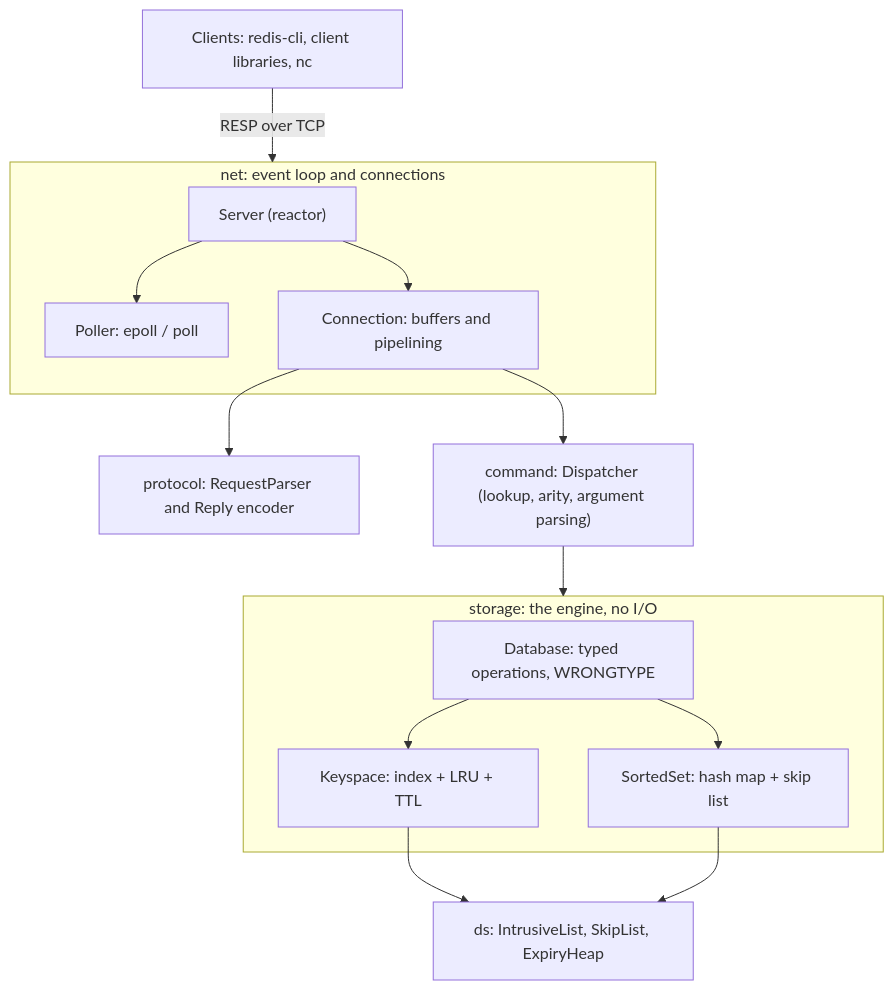
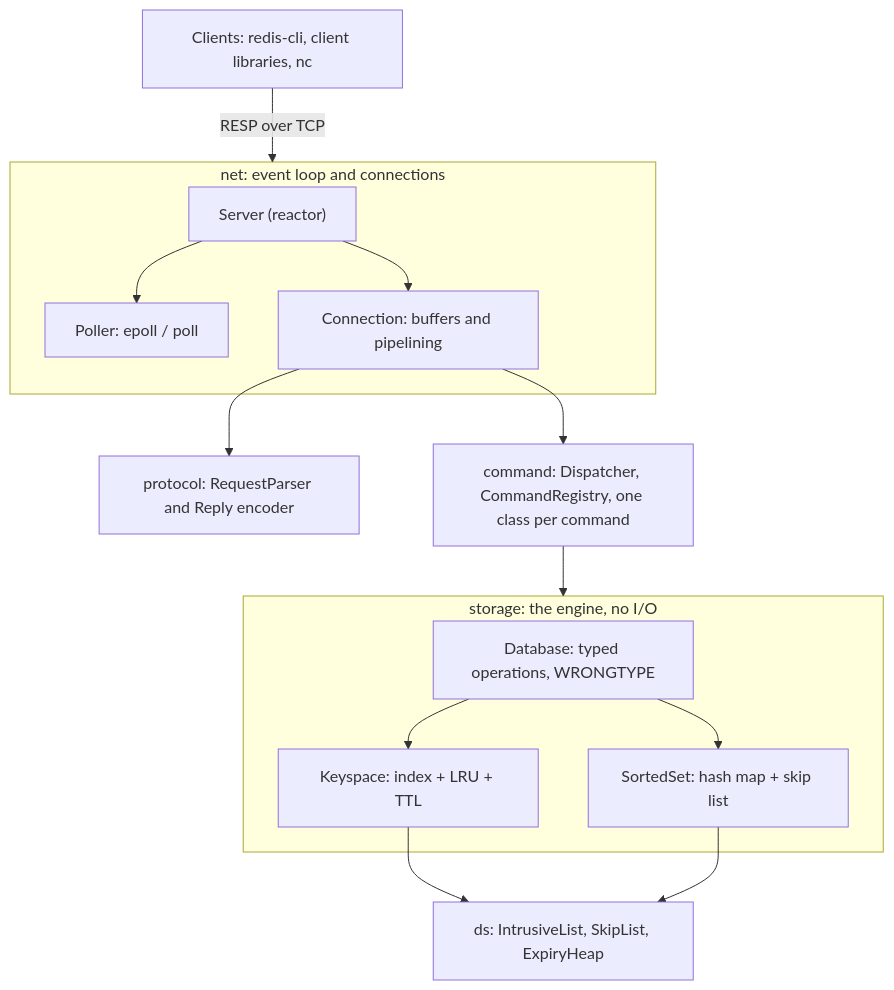
Before and after one commit to gusfring3369/memkv: the diagram in README.md, drawn with Mermaid. The commit also changed other lines of this file and 36 other files, not shown here.

````diff
--- a/README.md
+++ b/README.md
@@ -92,17 +116,17 @@
 ```mermaid
 flowchart TD
     client["Clients: redis-cli, client libraries, nc"] -->|RESP over TCP| net
     subgraph net["net: event loop and connections"]
         server["Server (reactor)"] --> poller["Poller: epoll / poll"]
         server --> conn["Connection: buffers and pipelining"]
     end
     conn --> protocol["protocol: RequestParser and Reply encoder"]
-    conn --> command["command: Dispatcher (lookup, arity, argument parsing)"]
+    conn --> command["command: Dispatcher, CommandRegistry, one class per command"]
     command --> storage
     subgraph storage["storage: the engine, no I/O"]
         db["Database: typed operations, WRONGTYPE"] --> ks["Keyspace: index + LRU + TTL"]
         db --> zset["SortedSet: hash map + skip list"]
     end
     ks --> ds["ds: IntrusiveList, SkipList, ExpiryHeap"]
     zset --> ds
 ```
````
